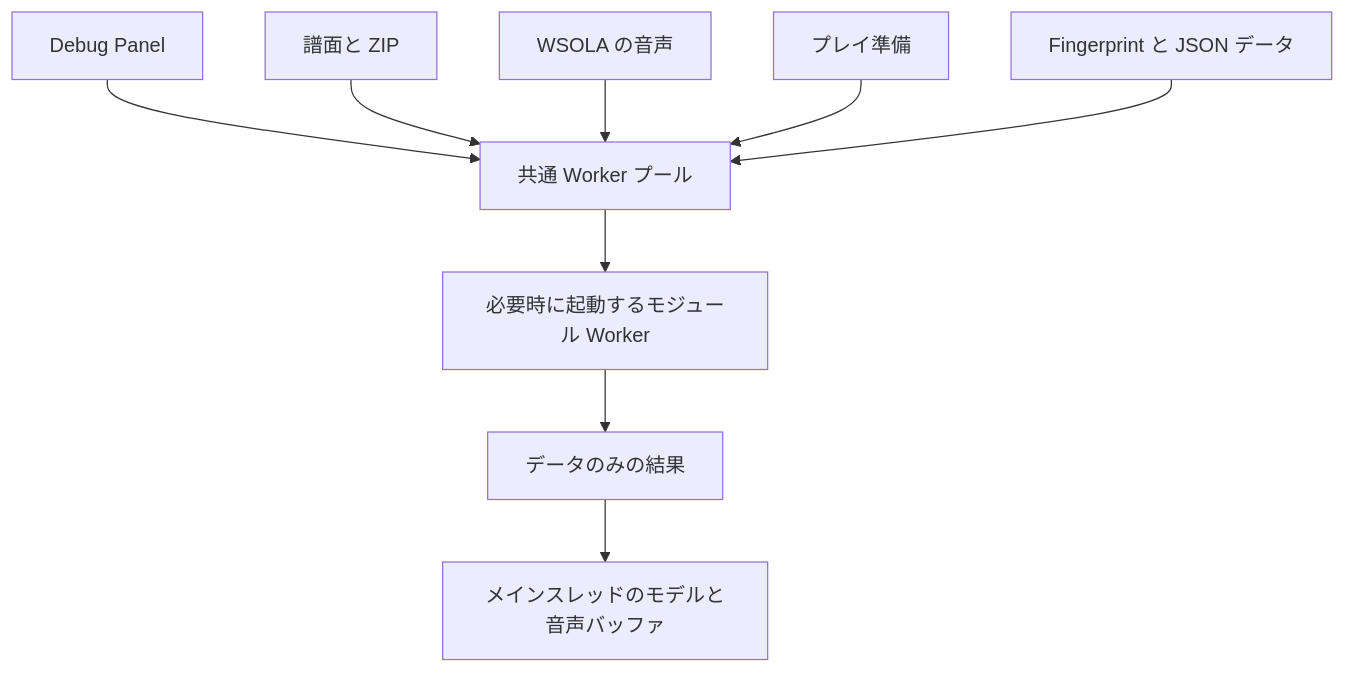
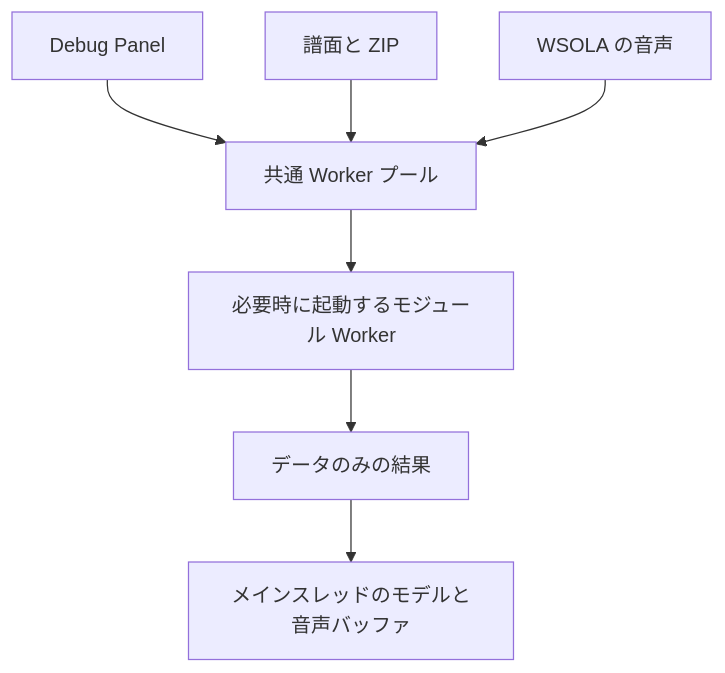
Before and after one commit to nulltask/be-music: the diagram in docs/adr/0010-browser-task-pool.ja.md, drawn with Mermaid. The commit also changed other lines of this file and 30 other files, not shown here.

````diff
--- a/docs/adr/0010-browser-task-pool.ja.md
+++ b/docs/adr/0010-browser-task-pool.ja.md
@@ -7,11 +7,9 @@
 ```mermaid
 flowchart TD
   panel[Debug Panel] --> pool[共通 Worker プール]
   loading[譜面と ZIP] --> pool
   audio[WSOLA の音声] --> pool
-  preparation[プレイ準備] --> pool
-  submission[Fingerprint と JSON データ] --> pool
   pool --> workers[必要時に起動するモジュール Worker]
   workers --> data[データのみの結果]
   data --> main[メインスレッドのモデルと音声バッファ]
 ```
````
